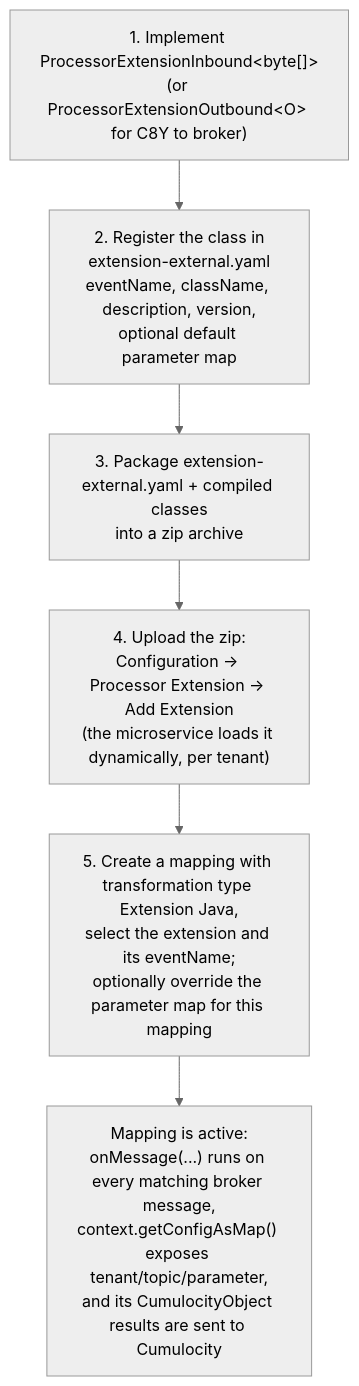
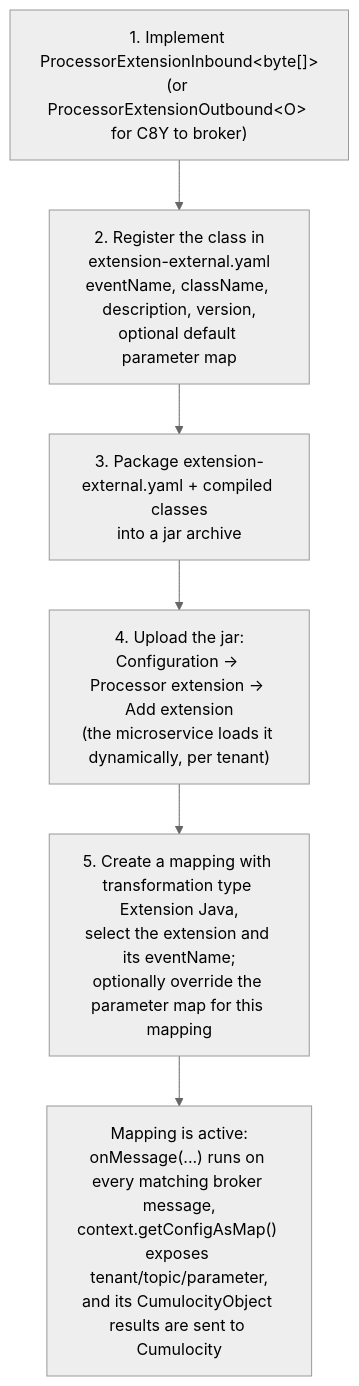
The diagram in dynamic-mapper-ui/public/docs/javaextension.md (Cumulocity-IoT/cumulocity-dynamic-mapper), drawn with Mermaid (neutral theme) before and after one commit. The commit also changed other lines of this file and 15 other files, not shown here.

````diff
--- a/dynamic-mapper-ui/public/docs/javaextension.md
+++ b/dynamic-mapper-ui/public/docs/javaextension.md
@@ -27,11 +27,11 @@
 ```mermaid
 flowchart TD
     s1["1. Implement ProcessorExtensionInbound&lt;byte[]&gt;<br/>(or ProcessorExtensionOutbound&lt;O&gt; for C8Y to broker)"]
     s2["2. Register the class in<br/>extension-external.yaml<br/>eventName, className, description, version,<br/>optional default parameter map"]
-    s3["3. Package extension-external.yaml + compiled classes<br/>into a zip archive"]
-    s4["4. Upload the zip:<br/>Configuration &rarr; Processor Extension &rarr; Add Extension<br/>(the microservice loads it dynamically, per tenant)"]
+    s3["3. Package extension-external.yaml + compiled classes<br/>into a jar archive"]
+    s4["4. Upload the jar:<br/>Configuration &rarr; Processor extension &rarr; Add extension<br/>(the microservice loads it dynamically, per tenant)"]
     s5["5. Create a mapping with transformation type Extension Java,<br/>select the extension and its eventName;<br/>optionally override the parameter map for this mapping"]
     s6["Mapping is active:<br/>onMessage(...) runs on every matching broker message,<br/>context.getConfigAsMap() exposes tenant/topic/parameter,<br/>and its CumulocityObject results are sent to Cumulocity"]
 
     s1 --> s2 --> s3 --> s4 --> s5 --> s6
 ```
````
